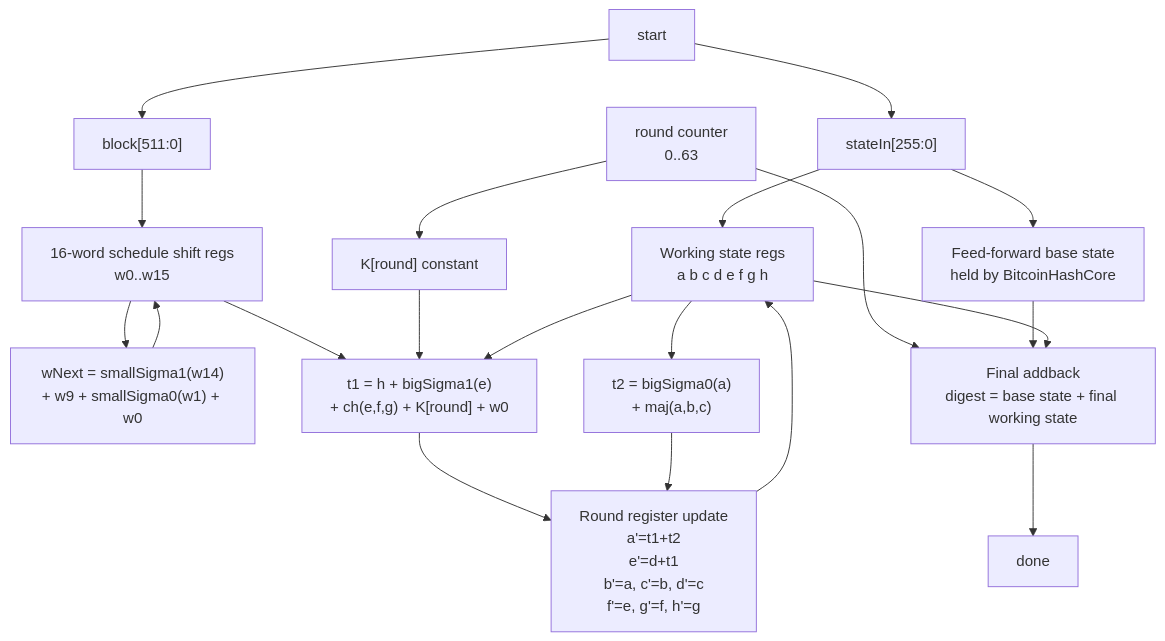
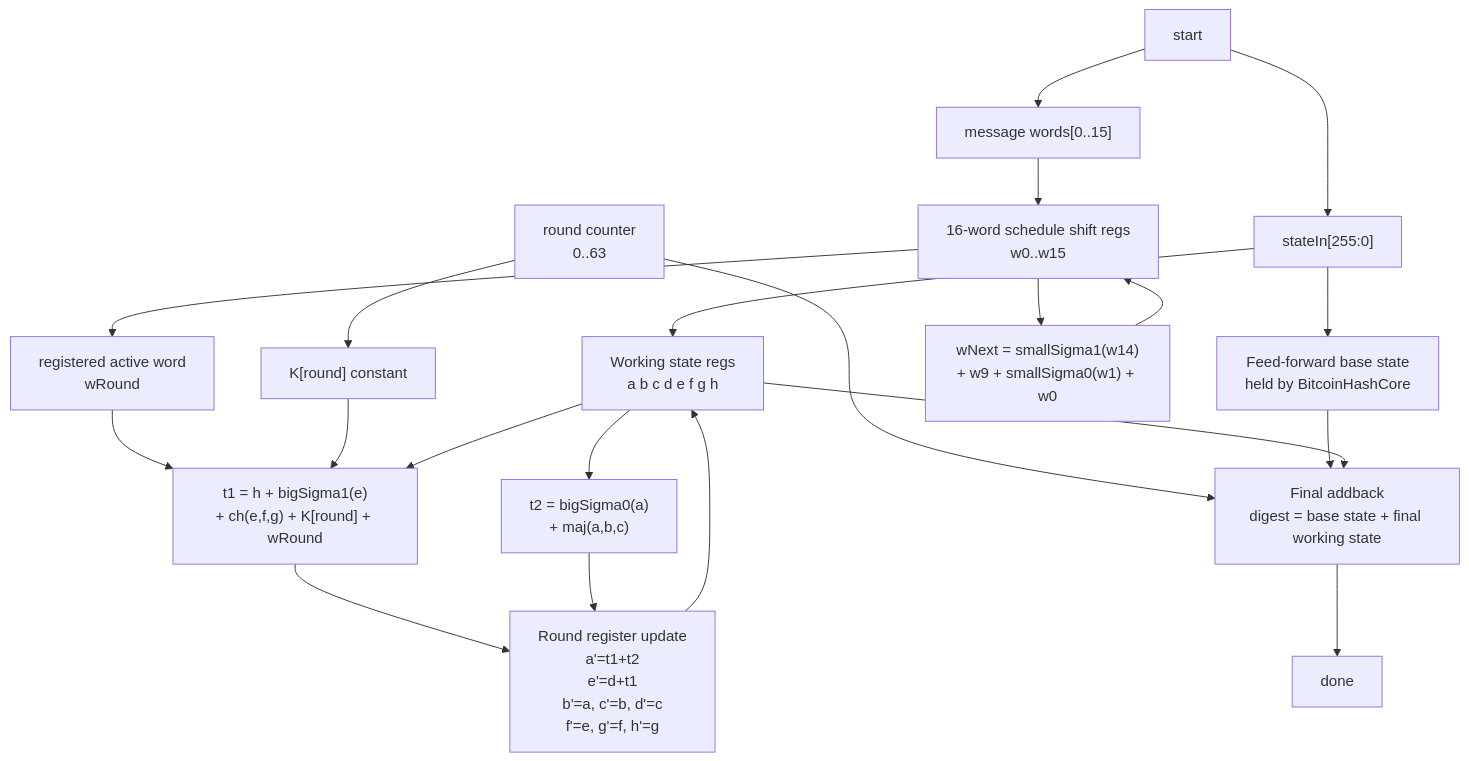
Before and after one commit to Distortions81/TangMiner: the second of 4 diagrams in docs/compression-circuitry.md, drawn with Mermaid. The commit also changed other lines of this file and 12 other files, not shown here.

Commit message:
Set 20K clock to 100 MHz and document mining flows

````diff
--- a/docs/compression-circuitry.md
+++ b/docs/compression-circuitry.md
@@ -72,39 +73,41 @@
 ```mermaid
 flowchart TB
     start["start"]
     state_in["stateIn[255:0]"]
-    block["block[511:0]"]
+    words["message words[0..15]"]
 
     feed["Feed-forward base state<br/>held by BitcoinHashCore"]
     work["Working state regs<br/>a b c d e f g h"]
     schedule["16-word schedule shift regs<br/>w0..w15"]
+    wround["registered active word<br/>wRound"]
     round["round counter<br/>0..63"]
     k["K[round] constant"]
 
     wnext["wNext = smallSigma1(w14)<br/>+ w9 + smallSigma0(w1) + w0"]
-    t1["t1 = h + bigSigma1(e)<br/>+ ch(e,f,g) + K[round] + w0"]
+    t1["t1 = h + bigSigma1(e)<br/>+ ch(e,f,g) + K[round] + wRound"]
     t2["t2 = bigSigma0(a)<br/>+ maj(a,b,c)"]
     update["Round register update<br/>a'=t1+t2<br/>e'=d+t1<br/>b'=a, c'=b, d'=c<br/>f'=e, g'=f, h'=g"]
     final["Final addback<br/>digest = base state + final working state"]
     done["done"]
 
     start --> state_in
-    start --> block
+    start --> words
     state_in --> work
     state_in --> feed
-    block --> schedule
+    words --> schedule
     round --> k
-    schedule --> t1
+    schedule --> wround
+    wround --> t1
     schedule --> wnext
     k --> t1
     work --> t1
     work --> t2
     t1 --> update
     t2 --> update
     update --> work
     wnext --> schedule
     round --> final
     feed --> final
     work --> final
     final --> done
 ```
````
